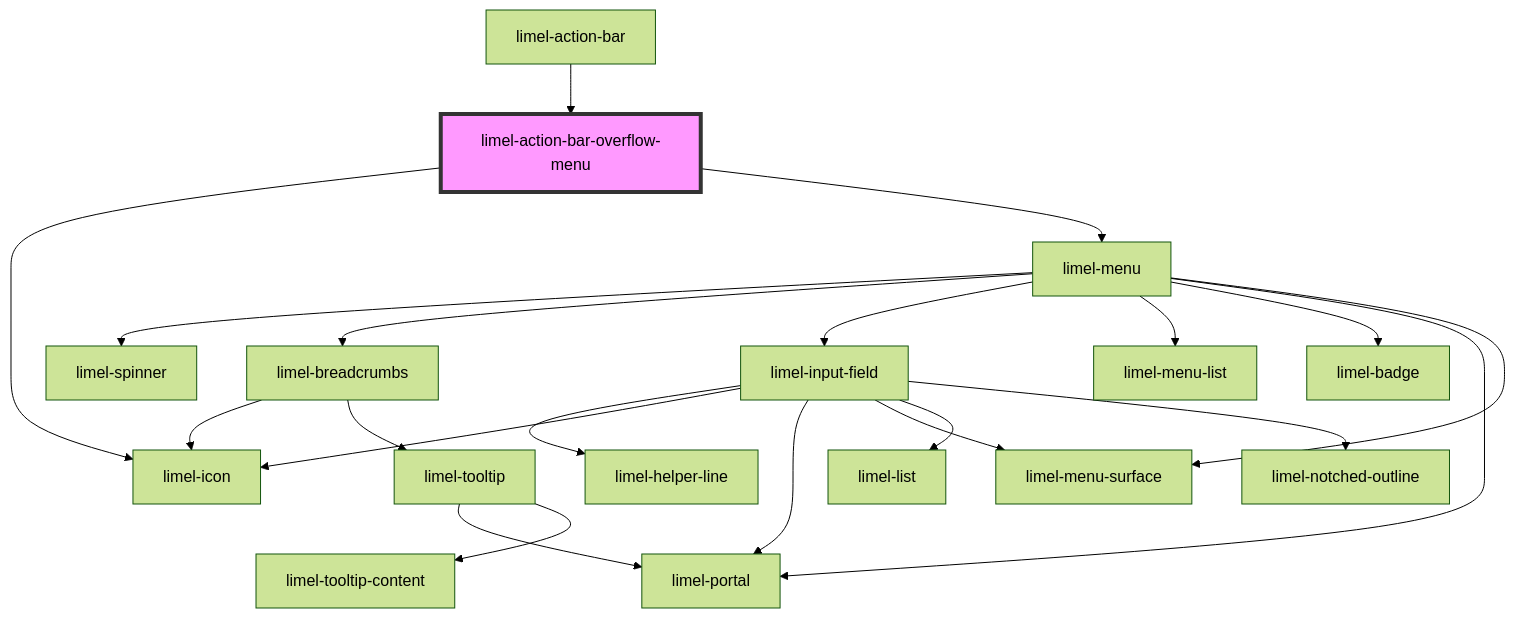
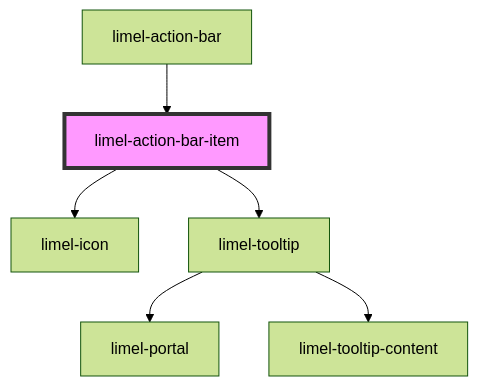
Before and after one commit to Lundalogik/lime-elements: the diagram in versions/PR-3655/markdown-docs/components/action-bar/action-bar-item/readme.md, drawn with Mermaid (forest theme). The commit also changed other lines of this file and 3 other files, not shown here.

````diff
--- a/versions/PR-3655/markdown-docs/components/action-bar/action-bar-item/readme.md
+++ b/versions/PR-3655/markdown-docs/components/action-bar/action-bar-item/readme.md
@@ -33,24 +33,9 @@
 ```mermaid
 graph TD;
-  limel-action-bar-overflow-menu --> limel-icon
-  limel-action-bar-overflow-menu --> limel-menu
-  limel-menu --> limel-spinner
-  limel-menu --> limel-breadcrumbs
-  limel-menu --> limel-input-field
-  limel-menu --> limel-menu-list
-  limel-menu --> limel-badge
-  limel-menu --> limel-portal
-  limel-menu --> limel-menu-surface
-  limel-breadcrumbs --> limel-icon
-  limel-breadcrumbs --> limel-tooltip
+  limel-action-bar-item --> limel-icon
+  limel-action-bar-item --> limel-tooltip
   limel-tooltip --> limel-portal
   limel-tooltip --> limel-tooltip-content
-  limel-input-field --> limel-helper-line
-  limel-input-field --> limel-icon
-  limel-input-field --> limel-portal
-  limel-input-field --> limel-menu-surface
-  limel-input-field --> limel-list
-  limel-input-field --> limel-notched-outline
-  limel-action-bar --> limel-action-bar-overflow-menu
-  style limel-action-bar-overflow-menu fill:#f9f,stroke:#333,stroke-width:4px
+  limel-action-bar --> limel-action-bar-item
+  style limel-action-bar-item fill:#f9f,stroke:#333,stroke-width:4px
 ```
````
